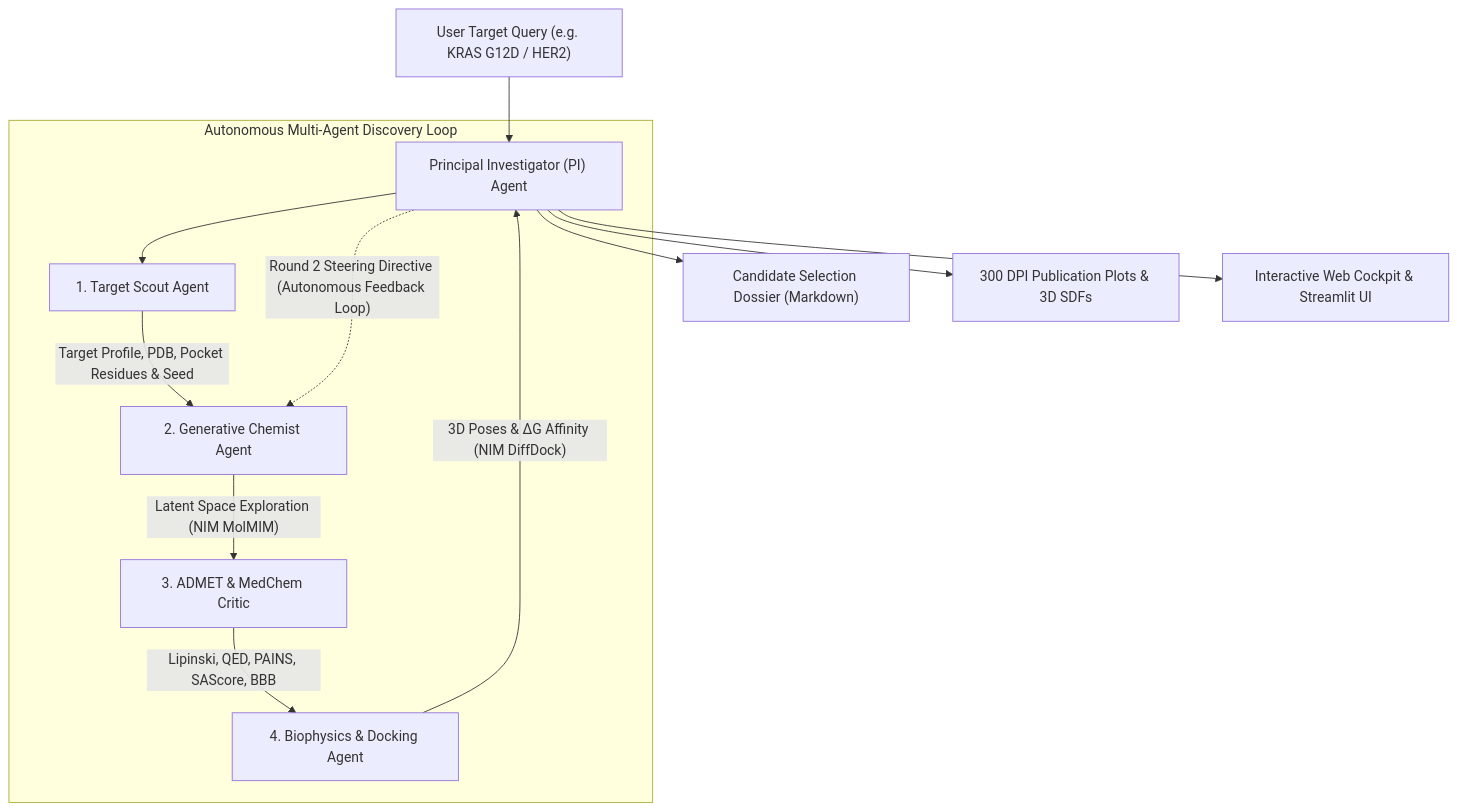
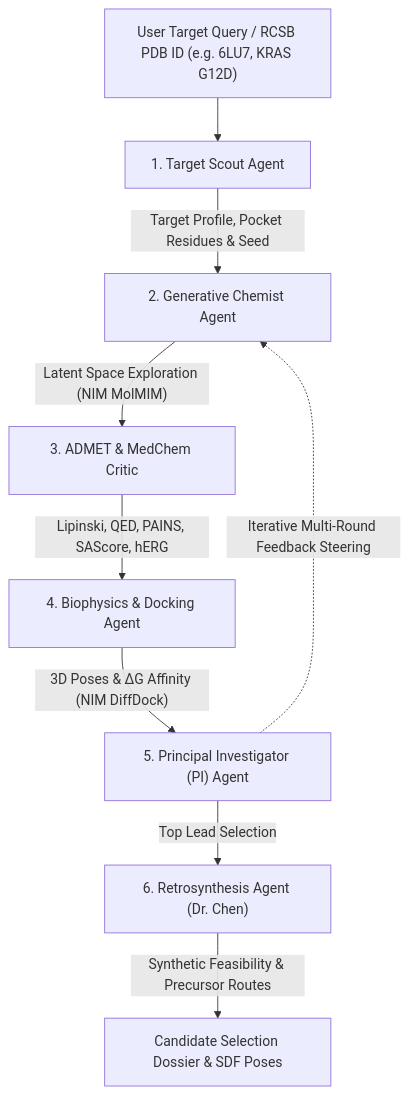
Before and after one commit to Jorwalzzz/bionemo-agentic-scientist: the diagram in README.md, drawn with Mermaid. The commit also changed other lines of this file and 8 other files, not shown here.

````diff
--- a/README.md
+++ b/README.md
@@ -78,19 +81,12 @@
 ```mermaid
 graph TD
-    User["User Target Query (e.g. KRAS G12D / HER2)"] --> PI["Principal Investigator (PI) Agent"]
-
-    subgraph DiscoveryLoop ["Autonomous Multi-Agent Discovery Loop"]
-        PI --> TS["1. Target Scout Agent"]
-        TS -->|"Target Profile, PDB, Pocket Residues & Seed"| GC["2. Generative Chemist Agent"]
-        GC -->|"Latent Space Exploration (NIM MolMIM)"| AC["3. ADMET & MedChem Critic"]
-
-        AC -->|"Lipinski, QED, PAINS, SAScore, BBB"| DA["4. Biophysics & Docking Agent"]
-        DA -->|"3D Poses & ΔG Affinity (NIM DiffDock)"| PI
-
-        PI -.->|"Round 2 Steering Directive (Autonomous Feedback Loop)"| GC
-    end
-
-    PI --> Dossier["Candidate Selection Dossier (Markdown)"]
-    PI --> Plots["300 DPI Publication Plots & 3D SDFs"]
-    PI --> Cockpit["Interactive Web Cockpit & Streamlit UI"]
+    User["User Target Query / RCSB PDB ID (e.g. 6LU7, KRAS G12D)"] --> TS["1. Target Scout Agent"]
+    TS -->|"Target Profile, Pocket Residues & Seed"| GC["2. Generative Chemist Agent"]
+    GC -->|"Latent Space Exploration (NIM MolMIM)"| AC["3. ADMET & MedChem Critic"]
+    AC -->|"Lipinski, QED, PAINS, SAScore, hERG"| DA["4. Biophysics & Docking Agent"]
+    DA -->|"3D Poses & ΔG Affinity (NIM DiffDock)"| PI["5. Principal Investigator (PI) Agent"]
+    PI -->|"Top Lead Selection"| RA["6. Retrosynthesis Agent (Dr. Chen)"]
+    RA -->|"Synthetic Feasibility & Precursor Routes"| Dossier["Candidate Selection Dossier & SDF Poses"]
+    
+    PI -.->|"Iterative Multi-Round Feedback Steering"| GC
 ```
````
